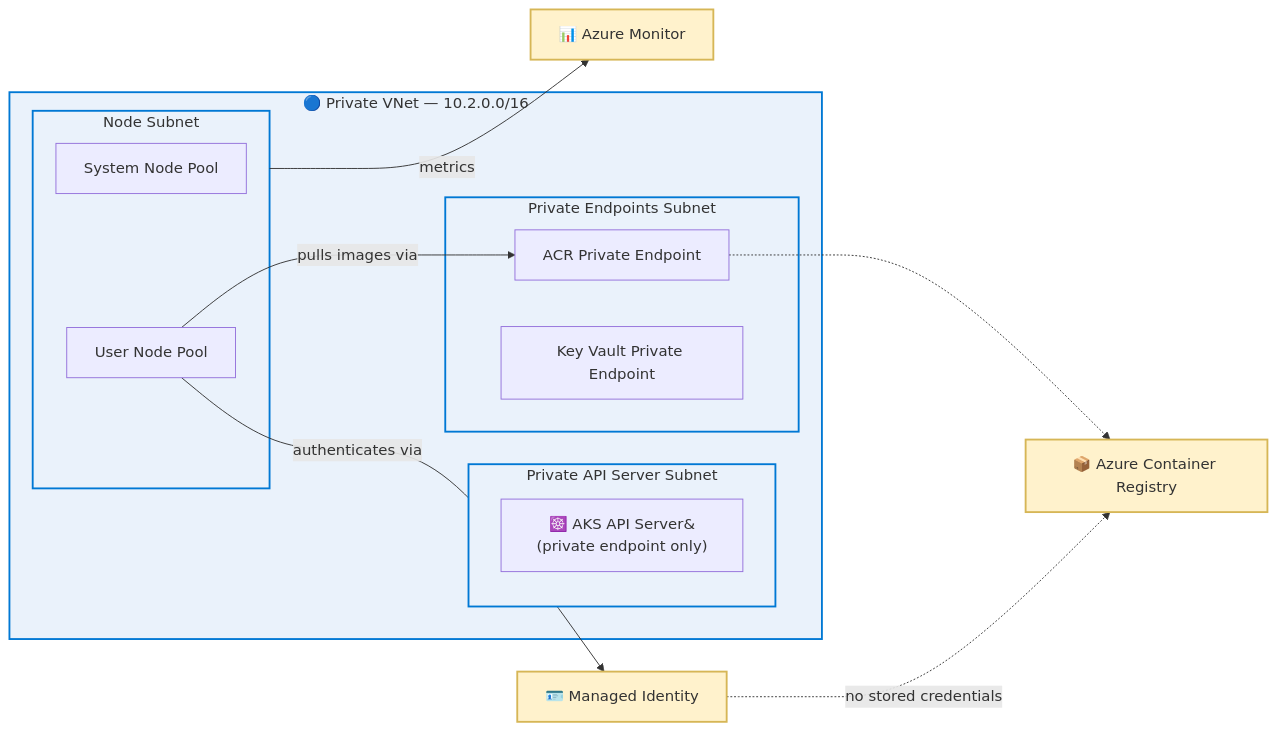
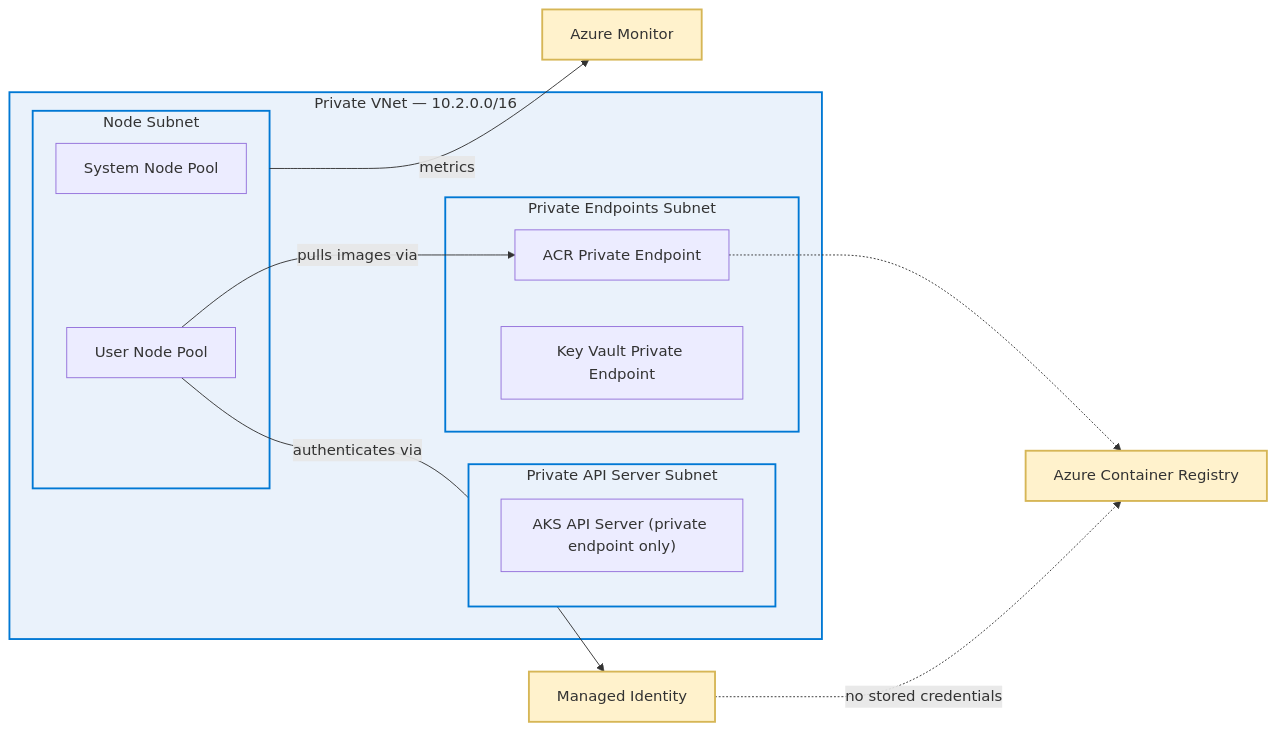
Before and after one commit to aniket-devop/aniket-devop: the third of 6 diagrams in README.md, drawn with Mermaid. The commit also changed other lines of this file, not shown here.

````diff
--- a/README.md
+++ b/README.md
@@ -180,30 +153,30 @@
 ```mermaid
 flowchart LR
-    subgraph VNET["🔵 Private VNet — 10.2.0.0/16"]
+    subgraph VNET["Private VNet — 10.2.0.0/16"]
         subgraph APISUB["Private API Server Subnet"]
-            API["☸️ AKS API Server&#10;(private endpoint only)"]
+            API["AKS API Server (private endpoint only)"]
         end
         subgraph NODESUB["Node Subnet"]
             SYS["System Node Pool"]
             USR["User Node Pool"]
         end
         subgraph PESUB["Private Endpoints Subnet"]
             ACRPE["ACR Private Endpoint"]
             KVPE["Key Vault Private Endpoint"]
         end
     end
-    ACR["📦 Azure Container Registry"]
-    MI["🪪 Managed Identity"]
-    MON2["📊 Azure Monitor"]
+    ACR["Azure Container Registry"]
+    MI["Managed Identity"]
+    MON2["Azure Monitor"]
 
     USR -->|pulls images via| ACRPE
     ACRPE -.-> ACR
     USR -->|authenticates via| MI
     MI -.no stored credentials.-> ACR
     NODESUB -->|metrics| MON2
 
     classDef vnet fill:#eaf2fb,stroke:#0078D4,stroke-width:2px
     classDef ext fill:#fff2cc,stroke:#d6b656,stroke-width:2px
     class VNET,APISUB,NODESUB,PESUB vnet
     class ACR,MI,MON2 ext
 ```
````
